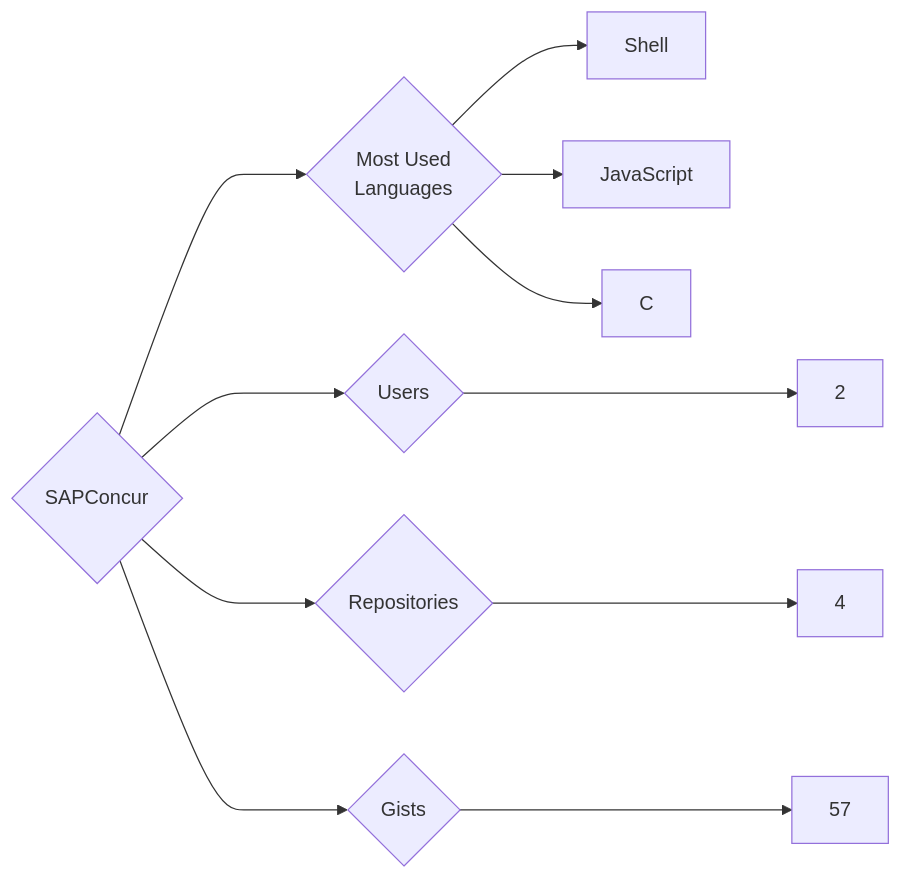
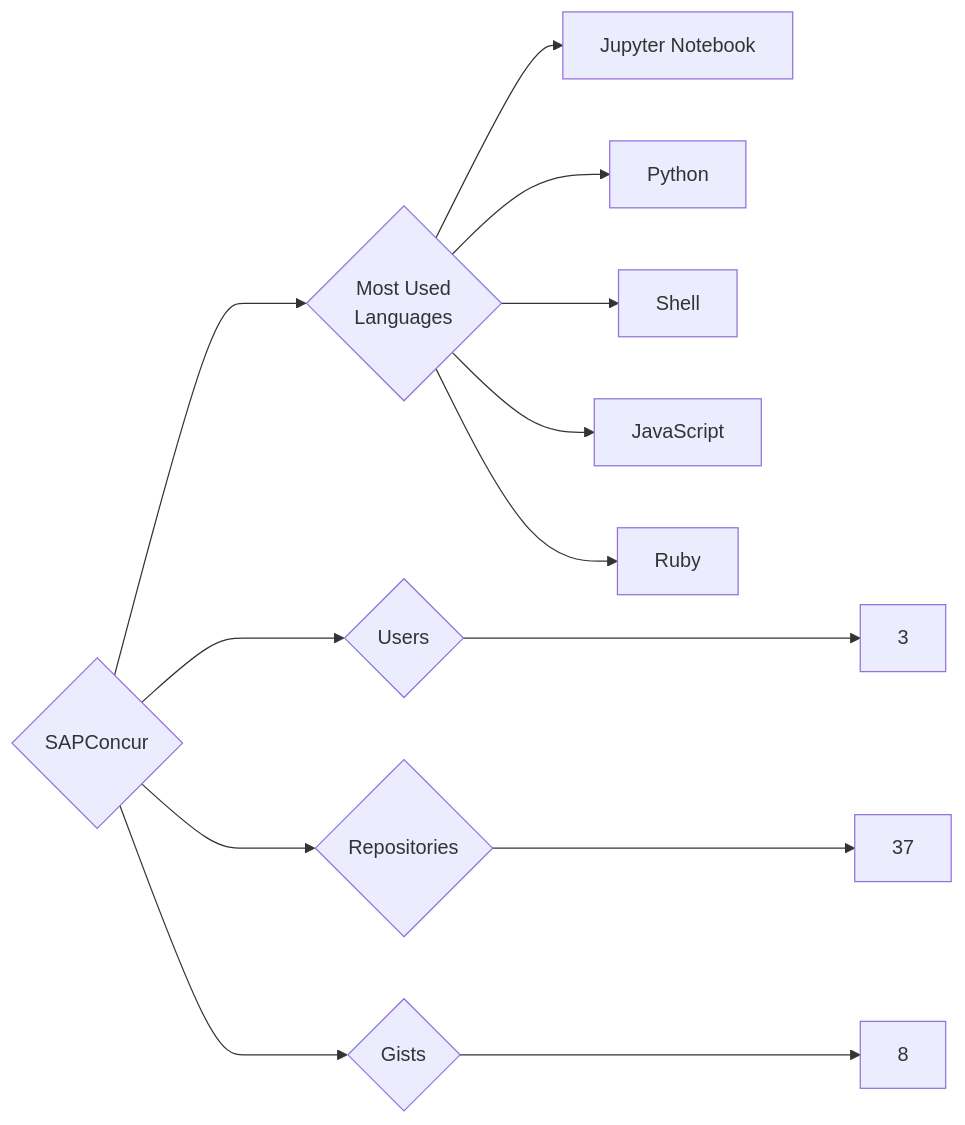
The diagram in targets/SAPConcur/README.md (trickest/insiders), drawn with Mermaid before and after one commit. The commit also changed 1496 other files, not shown here.

````diff
--- a/targets/SAPConcur/README.md
+++ b/targets/SAPConcur/README.md
@@ -3,11 +3,13 @@
 ```mermaid
 graph LR
 COMPANY_NAME{SAPConcur}
-COMPANY_NAME ---> U{Users} ---> UN[2]
-COMPANY_NAME ---> R{Repositories} ---> RN[4]
-COMPANY_NAME ---> G{Gists} ---> GN[57]
+COMPANY_NAME ---> U{Users} ---> UN[3]
+COMPANY_NAME ---> R{Repositories} ---> RN[37]
+COMPANY_NAME ---> G{Gists} ---> GN[8]
 COMPANY_NAME ---> ML{Most Used<br>Languages}
+ML --> Jupyter_Notebook[Jupyter Notebook]
+ML --> Python[Python]
 ML --> Shell[Shell]
 ML --> JavaScript[JavaScript]
-ML --> C[C]
+ML --> Ruby[Ruby]
 ```
````
